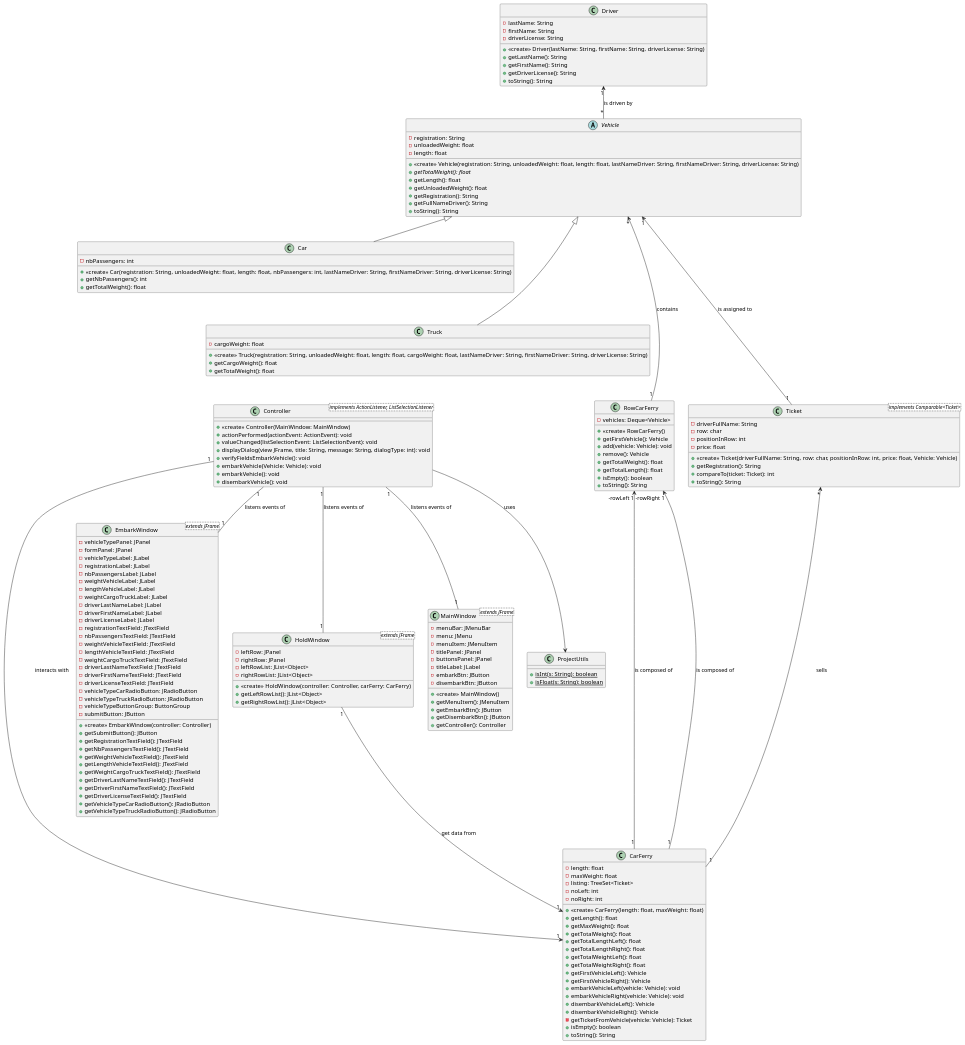
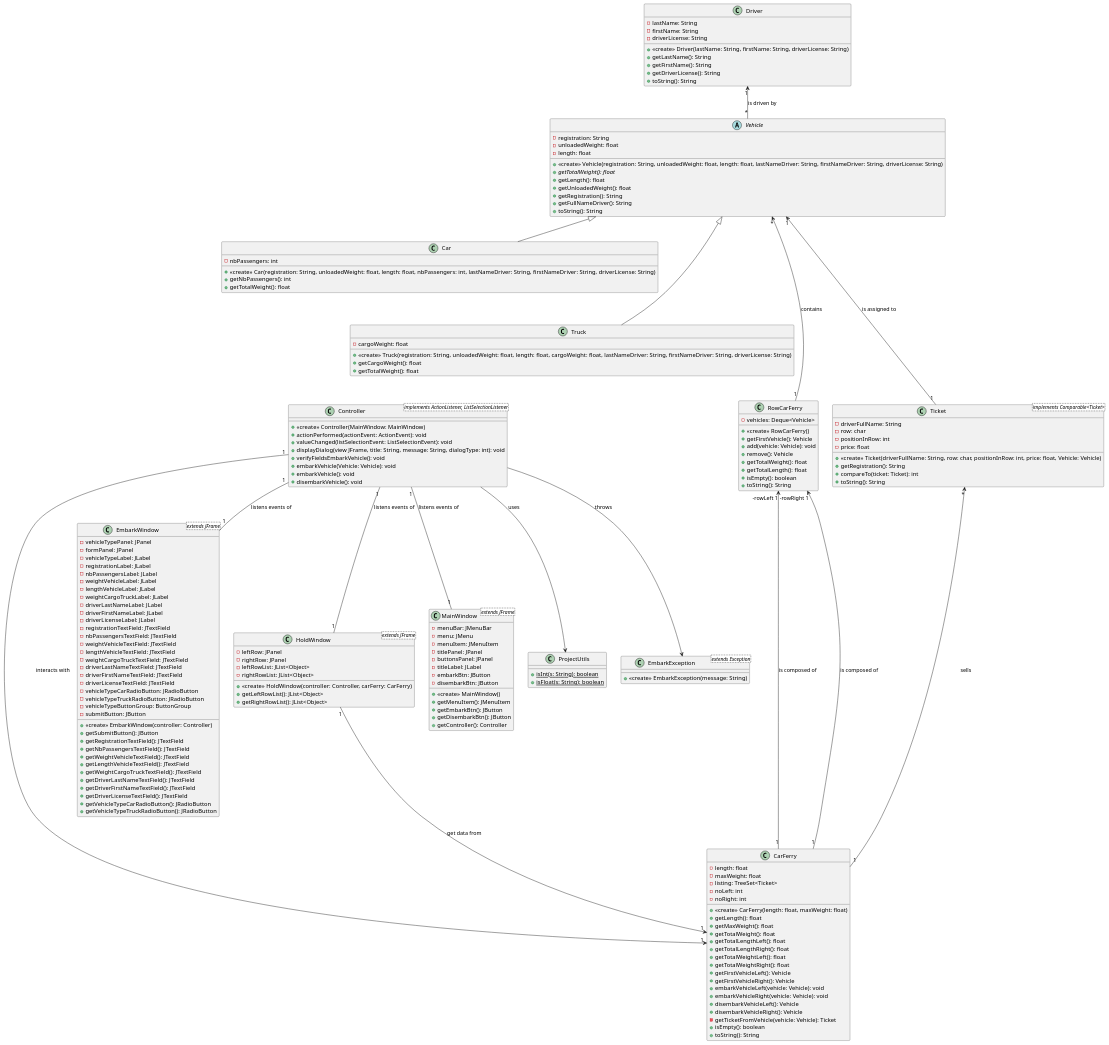
One commit to Logan-Developer/collegeY2_OOP_CarFerry_Project changed the diagram in ClassDiagram.puml. Above: the diagram before and after it, drawn with PlantUML. The commit also changed 1 other file, not shown here.

Commit message:
Update class diagram

```diff
--- a/ClassDiagram.puml
+++ b/ClassDiagram.puml
@@ -1,195 +1,200 @@
 @startuml
 !theme _none_
 
 class Driver {
     - lastName: String
     - firstName: String
     - driverLicense: String
 
     + <<create>> Driver(lastName: String, firstName: String, driverLicense: String)
     + getLastName(): String
     + getFirstName(): String
     + getDriverLicense(): String
     + toString(): String
 }
 
 abstract Vehicle {
     - registration: String
     - unloadedWeight: float
     - length: float
 
     + <<create>> Vehicle(registration: String, unloadedWeight: float, length: float, lastNameDriver: String, firstNameDriver: String, driverLicense: String)
     + {abstract} getTotalWeight(): float
     + getLength(): float
     + getUnloadedWeight(): float
     + getRegistration(): String
     + getFullNameDriver(): String
     + toString(): String
 }
 
 class Car {
     - nbPassengers: int
 
     + <<create>> Car(registration: String, unloadedWeight: float, length: float, nbPassengers: int, lastNameDriver: String, firstNameDriver: String, driverLicense: String)
     + getNbPassengers(): int
     + getTotalWeight(): float
 }
 
 class Truck {
     - cargoWeight: float
 
     + <<create>> Truck(registration: String, unloadedWeight: float, length: float, cargoWeight: float, lastNameDriver: String, firstNameDriver: String, driverLicense: String)
     + getCargoWeight(): float
     + getTotalWeight(): float
 }
 
 class CarFerry {
     - length: float
     - maxWeight: float
     - listing: TreeSet<Ticket>
     - noLeft: int
     - noRight: int
 
     + <<create>> CarFerry(length: float, maxWeight: float)
     + getLength(): float
     + getMaxWeight(): float
     + getTotalWeight(): float
     + getTotalLengthLeft(): float
     + getTotalLengthRight(): float
     + getTotalWeightLeft(): float
     + getTotalWeightRight(): float
     + getFirstVehicleLeft(): Vehicle
     + getFirstVehicleRight(): Vehicle
     + embarkVehicleLeft(vehicle: Vehicle): void
     + embarkVehicleRight(vehicle: Vehicle): void
     + disembarkVehicleLeft(): Vehicle
     + disembarkVehicleRight(): Vehicle
     - getTicketFromVehicle(vehicle: Vehicle): Ticket
     + isEmpty(): boolean
     + toString(): String
 }
 
 class RowCarFerry {
     - vehicles: Deque<Vehicle>
 
     + <<create>> RowCarFerry()
     + getFirstVehicle(): Vehicle
     + add(vehicle: Vehicle): void
     + remove(): Vehicle
     + getTotalWeight(): float
     + getTotalLength(): float
     + isEmpty(): boolean
     + toString(): String
 }
 
 class Ticket <implements Comparable<Ticket>> {
     - driverFullName: String
     - row: char
     - positionInRow: int
     - price: float
 
     + <<create>> Ticket(driverFullName: String, row: char, positionInRow: int, price: float, Vehicle: Vehicle)
     + getRegistration(): String
     + compareTo(ticket: Ticket): int
     + toString(): String
 }
 
 class Controller <implements ActionListener, ListSelectionListener> {
     + <<create>> Controller(MainWindow: MainWindow)
     + actionPerformed(actionEvent: ActionEvent): void
     + valueChanged(listSelectionEvent: ListSelectionEvent): void
     + displayDialog(view JFrame, title: String, message: String, dialogType: int): void
     + verifyFieldsEmbarkVehicle(): void
     + embarkVehicle(Vehicle: Vehicle): void
     + embarkVehicle(): void
     + disembarkVehicle(): void
 }
 
 class EmbarkWindow <extends JFrame> {
     - vehicleTypePanel: JPanel
     - formPanel: JPanel
     - vehicleTypeLabel: JLabel
     - registrationLabel: JLabel
     - nbPassengersLabel: JLabel
     - weightVehicleLabel: JLabel
     - lengthVehicleLabel: JLabel
     - weightCargoTruckLabel: JLabel
     - driverLastNameLabel: JLabel
     - driverFirstNameLabel: JLabel
     - driverLicenseLabel: JLabel
     - registrationTextField: JTextField
     - nbPassengersTextField: JTextField
     - weightVehicleTextField: JTextField
     - lengthVehicleTextField: JTextField
     - weightCargoTruckTextField: JTextField
     - driverLastNameTextField: JTextField
     - driverFirstNameTextField: JTextField
     - driverLicenseTextField: JTextField
     - vehicleTypeCarRadioButton: JRadioButton
     - vehicleTypeTruckRadioButton: JRadioButton
     - vehicleTypeButtonGroup: ButtonGroup
     - submitButton: JButton
 
     + <<create>> EmbarkWindow(controller: Controller)
     + getSubmitButton(): JButton
     + getRegistrationTextField(): JTextField
     + getNbPassengersTextField(): JTextField
     + getWeightVehicleTextField(): JTextField
     + getLengthVehicleTextField(): JTextField
     + getWeightCargoTruckTextField(): JTextField
     + getDriverLastNameTextField(): JTextField
     + getDriverFirstNameTextField(): JTextField
     + getDriverLicenseTextField(): JTextField
     + getVehicleTypeCarRadioButton(): JRadioButton
     + getVehicleTypeTruckRadioButton(): JRadioButton
 }
 
 class HoldWindow <extends JFrame> {
     - leftRow: JPanel
     - rightRow: JPanel
     - leftRowList: JList<Object>
     - rightRowList: JList<Object>
 
     + <<create>> HoldWindow(controller: Controller, carFerry: CarFerry)
     + getLeftRowList(): JList<Object>
     + getRightRowList(): JList<Object>
 }
 
 class MainWindow <extends JFrame> {
     - menuBar: JMenuBar
     - menu: JMenu
     - menuItem: JMenuItem
     - titlePanel: JPanel
     - buttonsPanel: JPanel
     - titleLabel: JLabel
     - embarkBtn: JButton
     - disembarkBtn: JButton
 
     + <<create>> MainWindow()
     + getMenuItem(): JMenuItem
     + getEmbarkBtn(): JButton
     + getDisembarkBtn(): JButton
     + getController(): Controller
 }
 
 class ProjectUtils {
     + {static} isInt(s: String): boolean
     + {static} isFloat(s: String): boolean
 }
 
+class EmbarkException <extends Exception> {
+    + <<create>> EmbarkException(message: String)
+}
+
 Driver "1" <-- "*" Vehicle: is driven by
 Vehicle <|-- Car
 Vehicle <|--- Truck
 Vehicle "1" <---- "1" Ticket: is assigned to
 Vehicle"*" <---- "1" RowCarFerry: contains
 RowCarFerry "-rowLeft 1" <--- "1" CarFerry: is composed of
 RowCarFerry "-rowRight 1" <--- "1" CarFerry: is composed of
 Ticket "*" <--- "1" CarFerry: sells
 
 Controller "1" -> "1" CarFerry: interacts with
 Controller "1" -- "1" EmbarkWindow: listens events of
 Controller "1" -- "1" HoldWindow: listens events of
 HoldWindow "1" --> "1" CarFerry: get data from
 Controller "1" -- "1" MainWindow: listens events of
 Controller --> ProjectUtils: uses
+Controller --> EmbarkException: throws
 @enduml
```
